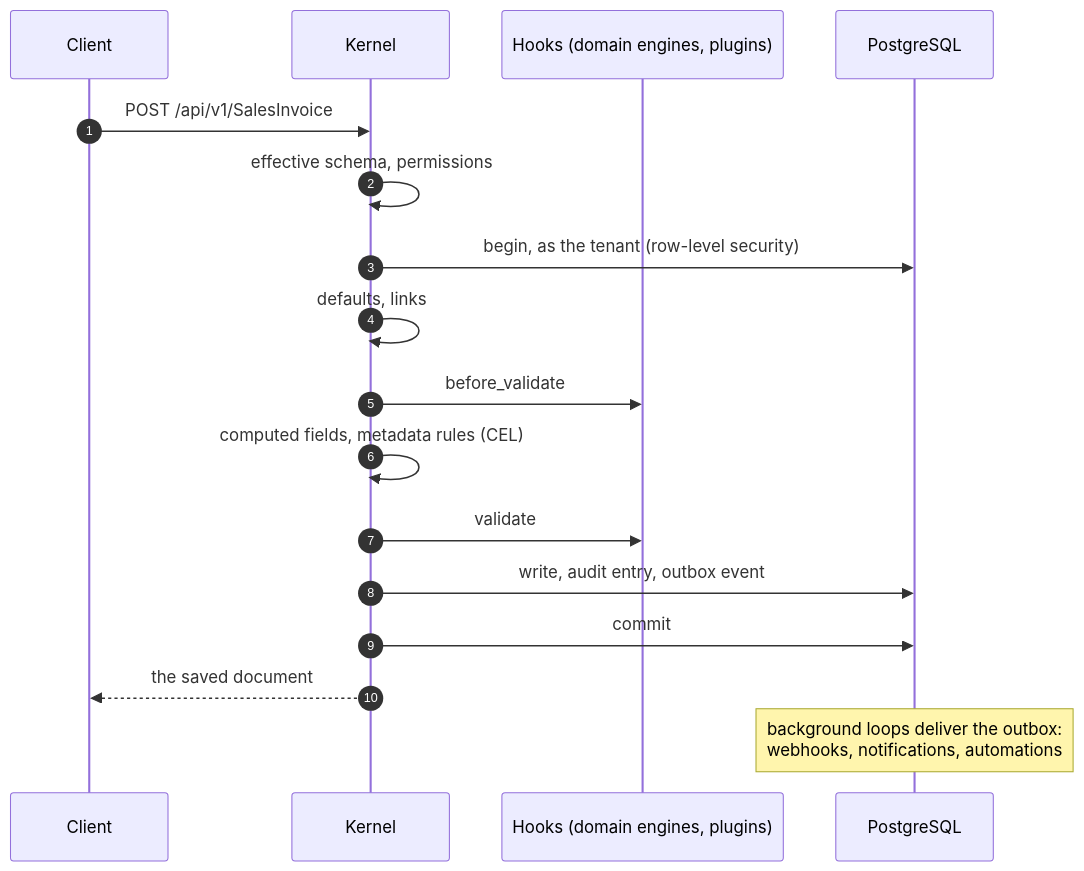
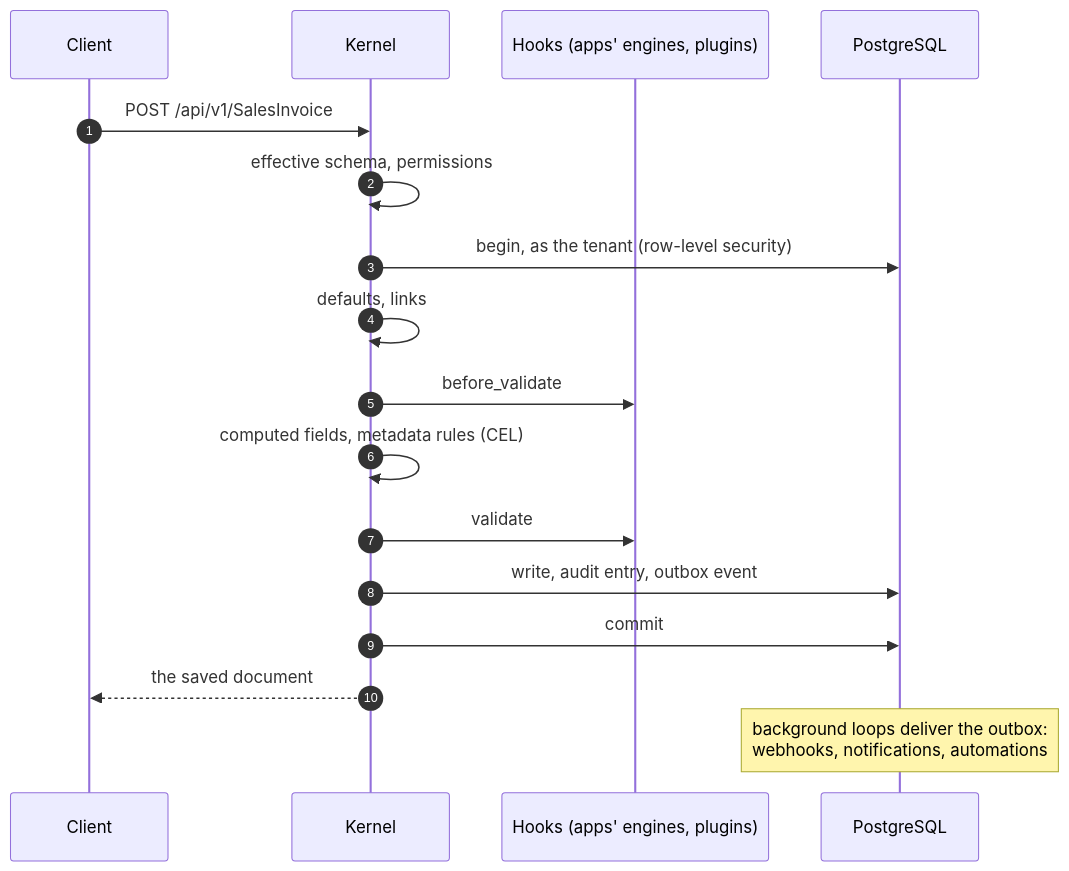
One commit to CBFerrum/Ferrum changed the fourth of 6 diagrams in README.md. Above: the diagram before and after it, drawn with Mermaid. The commit also changed other lines of this file, not shown here.

Commit message:
README: ferrum-domain is the shared core and packages/ the shared packages; ERP's engine and India come from ferrum-app-erp (erp-repo.md stage 3)

````diff
--- a/README.md
+++ b/README.md
@@ -352,19 +358,19 @@
 ```mermaid
 sequenceDiagram
     autonumber
     participant C as Client
     participant K as Kernel
-    participant H as Hooks (domain engines, plugins)
+    participant H as Hooks (apps' engines, plugins)
     participant DB as PostgreSQL
     C->>K: POST /api/v1/SalesInvoice
     K->>K: effective schema, permissions
     K->>DB: begin, as the tenant (row-level security)
     K->>K: defaults, links
     K->>H: before_validate
     K->>K: computed fields, metadata rules (CEL)
     K->>H: validate
     K->>DB: write, audit entry, outbox event
     K->>DB: commit
     K-->>C: the saved document
     Note over DB: background loops deliver the outbox:<br/>webhooks, notifications, automations
 ```
````
